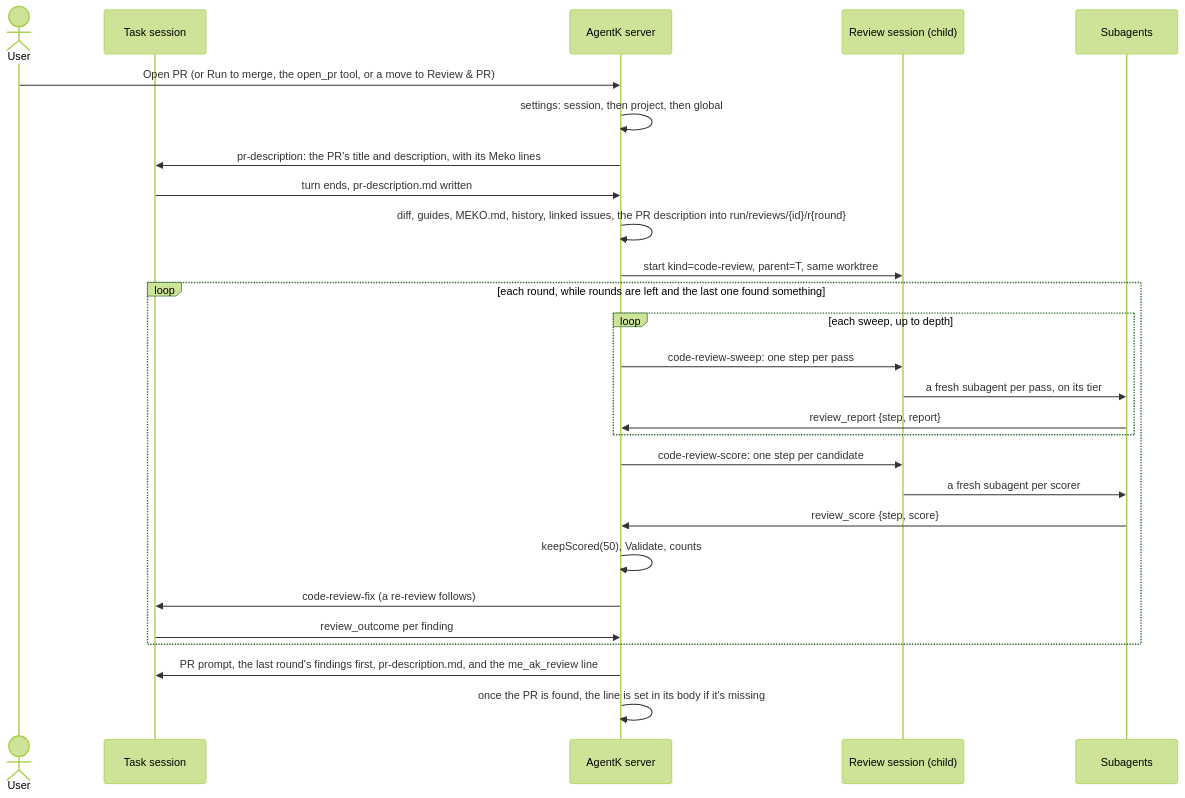
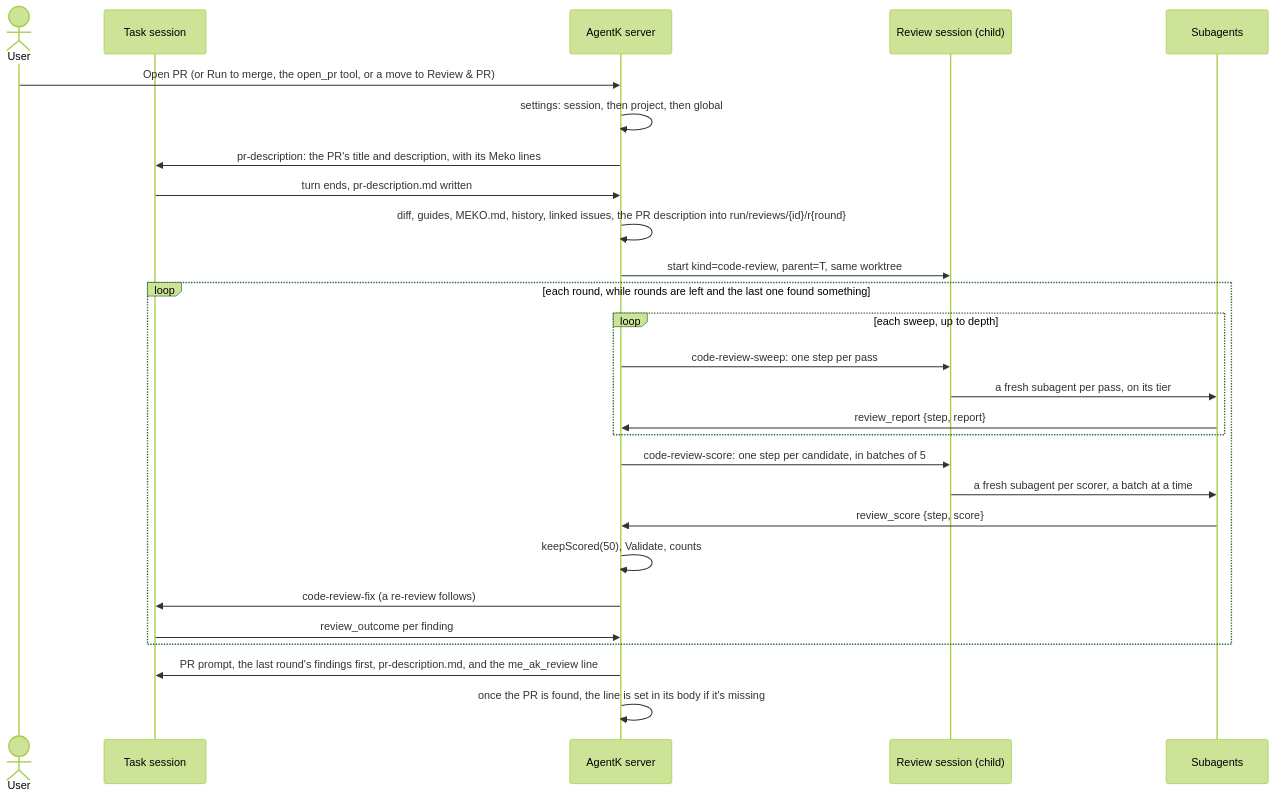
One commit to yugabyte/meko changed the diagram in extensions/agentk/docs/design/code-review.md. Above: the diagram before and after it, drawn with Mermaid (forest theme). The commit also changed other lines of this file and 7 other files, not shown here.

First line of the commit message:
feat(agentk/review): score review candidates in batches of 5

````diff
--- a/extensions/agentk/docs/design/code-review.md
+++ b/extensions/agentk/docs/design/code-review.md
@@ -52,29 +52,29 @@
 ```mermaid
 sequenceDiagram
   actor U as User
   participant T as Task session
   participant AK as AgentK server
   participant R as Review session (child)
   participant S as Subagents
   U->>AK: Open PR (or Run to merge, the open_pr tool, or a move to Review & PR)
   AK->>AK: settings: session, then project, then global
   AK->>T: pr-description: the PR's title and description, with its Meko lines
   T->>AK: turn ends, pr-description.md written
   AK->>AK: diff, guides, MEKO.md, history, linked issues, the PR description into run/reviews/{id}/r{round}
   AK->>R: start kind=code-review, parent=T, same worktree
   loop each round, while rounds are left and the last one found something
     loop each sweep, up to depth
       AK->>R: code-review-sweep: one step per pass
       R->>S: a fresh subagent per pass, on its tier
       S->>AK: review_report {step, report}
     end
-    AK->>R: code-review-score: one step per candidate
-    R->>S: a fresh subagent per scorer
+    AK->>R: code-review-score: one step per candidate, in batches of 5
+    R->>S: a fresh subagent per scorer, a batch at a time
     S->>AK: review_score {step, score}
     AK->>AK: keepScored(50), Validate, counts
     AK->>T: code-review-fix (a re-review follows)
     T->>AK: review_outcome per finding
   end
   AK->>T: PR prompt, the last round's findings first, pr-description.md, and the me_ak_review line
   AK->>AK: once the PR is found, the line is set in its body if it's missing
 ```
````
